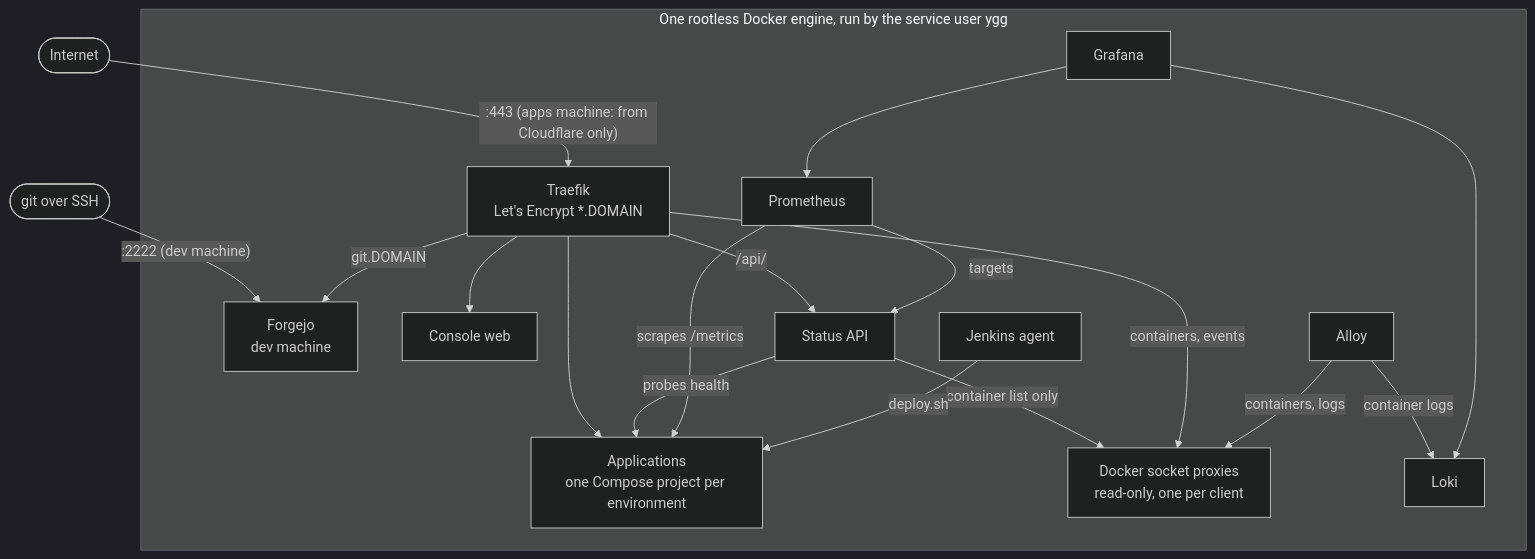
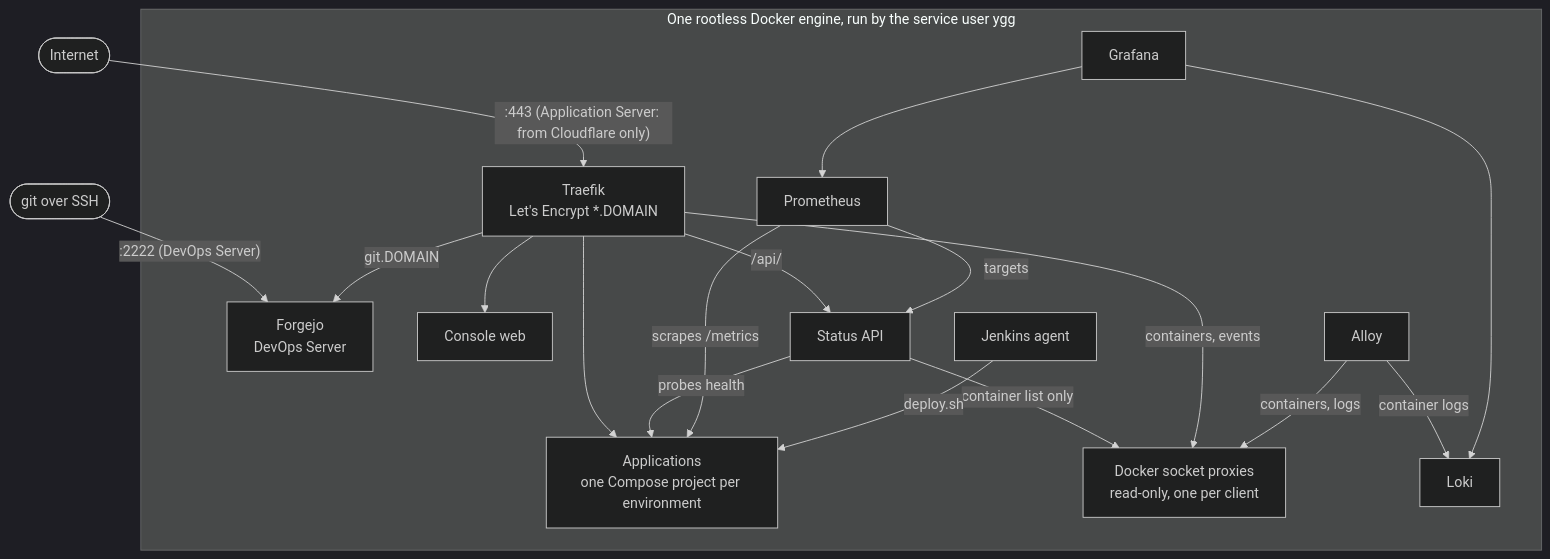
Before and after one commit to artur-rios/yggdrasil: the fourth of 4 diagrams in README.md, drawn with Mermaid (dark theme). The commit also changed other lines of this file and 18 other files, not shown here.

````diff
--- a/README.md
+++ b/README.md
@@ -140,21 +141,21 @@
 ```mermaid
 flowchart TB
-    net([Internet]) -- ":443 (apps machine: from Cloudflare only)" --> traefik
-    gitnet([git over SSH]) -- ":2222 (dev machine)" --> forgejo
+    net([Internet]) -- ":443 (Application Server: from Cloudflare only)" --> traefik
+    gitnet([git over SSH]) -- ":2222 (DevOps Server)" --> forgejo
     subgraph engine [One rootless Docker engine, run by the service user ygg]
         traefik[Traefik<br/>Let's Encrypt *.DOMAIN] --> apps[Applications<br/>one Compose project per environment]
         traefik --> console[Console web]
         traefik -- "/api/" --> status[Status API]
-        traefik -- "git.DOMAIN" --> forgejo[Forgejo<br/>dev machine]
+        traefik -- "git.DOMAIN" --> forgejo[Forgejo<br/>DevOps Server]
         status -- probes health --> apps
         status -- container list only --> proxy[Docker socket proxies<br/>read-only, one per client]
         traefik -- containers, events --> proxy
         alloy -- containers, logs --> proxy
         prom[Prometheus] -- targets --> status
         prom -- scrapes /metrics --> apps
         alloy[Alloy] -- container logs --> loki[Loki]
         grafana[Grafana] --> prom
         grafana --> loki
         agent[Jenkins agent] -- deploy.sh --> apps
     end
 ```
````
